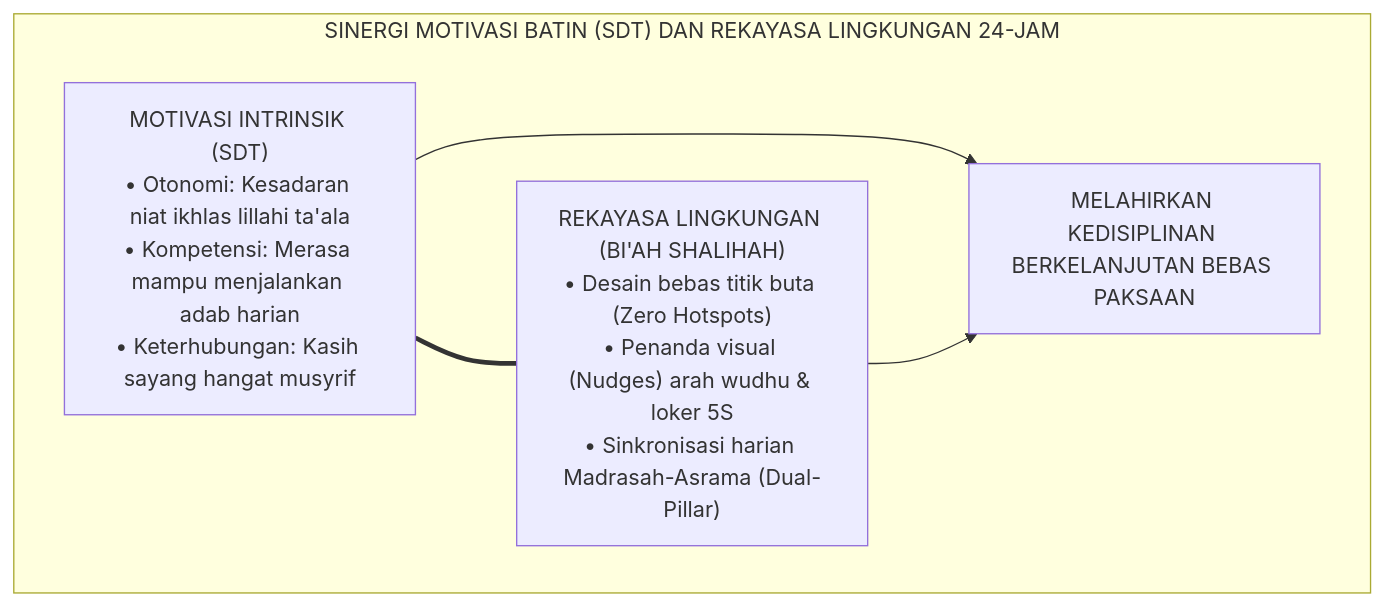
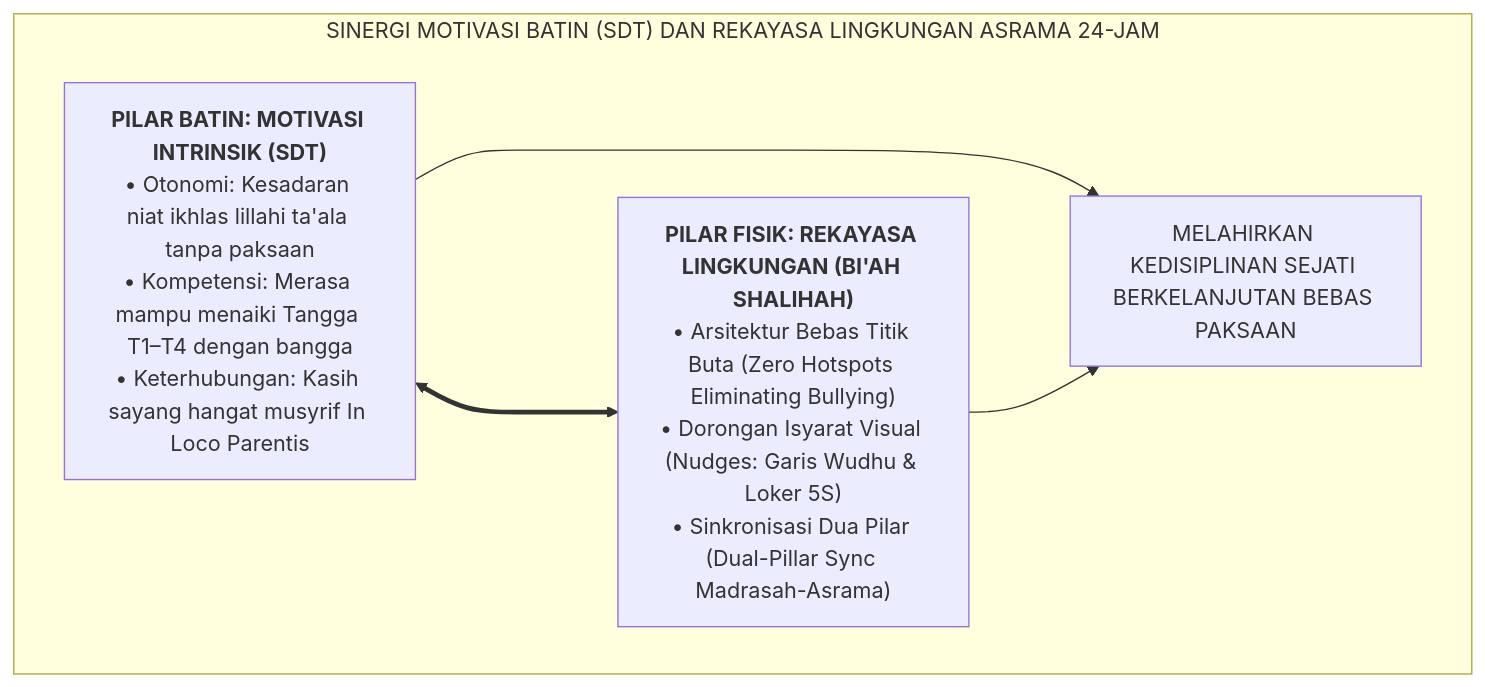
Before and after one commit to wandiapriliyandi/tumbuh: the first of 4 diagrams in BOOK-SERIES/Volume-02/Bab-01-Arsitektur-Kapasitas-Holistik-Berbasis-Fitrah/04-Teori-Penentuan-Diri-dan-Rekayasa-Lingkungan-Asrama.md, drawn with Mermaid. The commit also changed other lines of this file and 18 other files, not shown here.

````diff
--- a/BOOK-SERIES/Volume-02/Bab-01-Arsitektur-Kapasitas-Holistik-Berbasis-Fitrah/04-Teori-Penentuan-Diri-dan-Rekayasa-Lingkungan-Asrama.md
+++ b/BOOK-SERIES/Volume-02/Bab-01-Arsitektur-Kapasitas-Holistik-Berbasis-Fitrah/04-Teori-Penentuan-Diri-dan-Rekayasa-Lingkungan-Asrama.md
@@ -18,12 +25,13 @@
 ```mermaid
 graph TD
-    subgraph SinergiMotivasiRuang["SINERGI MOTIVASI BATIN (SDT) DAN REKAYASA LINGKUNGAN 24-JAM"]
-        Batin["MOTIVASI INTRINSIK (SDT)<br/>• Otonomi: Kesadaran niat ikhlas lillahi ta'ala<br/>• Kompetensi: Merasa mampu menjalankan adab harian<br/>• Keterhubungan: Kasih sayang hangat musyrif"]
+    subgraph SinergiMotivasiRuang["SINERGI MOTIVASI BATIN (SDT) DAN REKAYASA LINGKUNGAN ASRAMA 24-JAM"]
+        Batin["<b>PILAR BATIN: MOTIVASI INTRINSIK (SDT)</b><br/>• Otonomi: Kesadaran niat ikhlas lillahi ta'ala tanpa paksaan<br/>• Kompetensi: Merasa mampu menaiki Tangga T1–T4 dengan bangga<br/>• Keterhubungan: Kasih sayang hangat musyrif In Loco Parentis"]
         
-        Ruang["REKAYASA LINGKUNGAN (BI'AH SHALIHAH)<br/>• Desain bebas titik buta (Zero Hotspots)<br/>• Penanda visual (Nudges) arah wudhu & loker 5S<br/>• Sinkronisasi harian Madrasah-Asrama (Dual-Pillar)"]
+        Ruang["<b>PILAR FISIK: REKAYASA LINGKUNGAN (BI'AH SHALIHAH)</b><br/>• Arsitektur Bebas Titik Buta (Zero Hotspots Eliminating Bullying)<br/>• Dorongan Isyarat Visual (Nudges: Garis Wudhu & Loker 5S)<br/>• Sinkronisasi Dua Pilar (Dual-Pillar Sync Madrasah-Asrama)"]
         
-        Batin === Ruang
-        Batin --> Hasil["MELAHIRKAN KEDISIPLINAN BERKELANJUTAN BEBAS PAKSAAN"]
+        Batin <===> Ruang
+        
+        Batin --> Hasil["MELAHIRKAN KEDISIPLINAN SEJATI BERKELANJUTAN BEBAS PAKSAAN"]
         Ruang --> Hasil
     end
 ```
````
